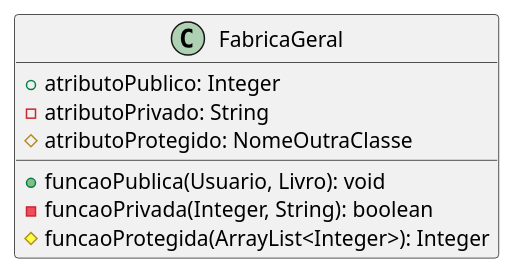
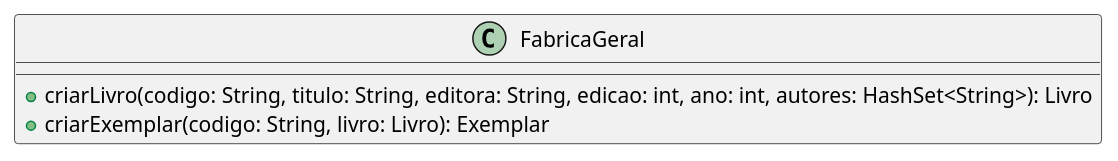
Before and after one commit to angelofelipe/library-system-OOP: the diagram in diagrama de classes/src puml/src/geral/FabricaGeral.puml, drawn with PlantUML. The commit also changed 7 other files, not shown here.

Commit message:
edita diagrama na pasta geral

```diff
--- a/diagrama de classes/src puml/src/geral/FabricaGeral.puml
+++ b/diagrama de classes/src puml/src/geral/FabricaGeral.puml
@@ -1,13 +1,8 @@
 @startuml
 
 class FabricaGeral {
-    + atributoPublico: Integer
-    - atributoPrivado: String
-    # atributoProtegido: NomeOutraClasse
-
-    + funcaoPublica(Usuario, Livro): void
-    - funcaoPrivada(Integer, String): boolean
-    # funcaoProtegida(ArrayList<Integer>): Integer
+    +criarLivro(codigo: String, titulo: String, editora: String, edicao: int, ano: int, autores: HashSet<String>): Livro
+    +criarExemplar(codigo: String, livro: Livro): Exemplar
 }
 
 @enduml
```
